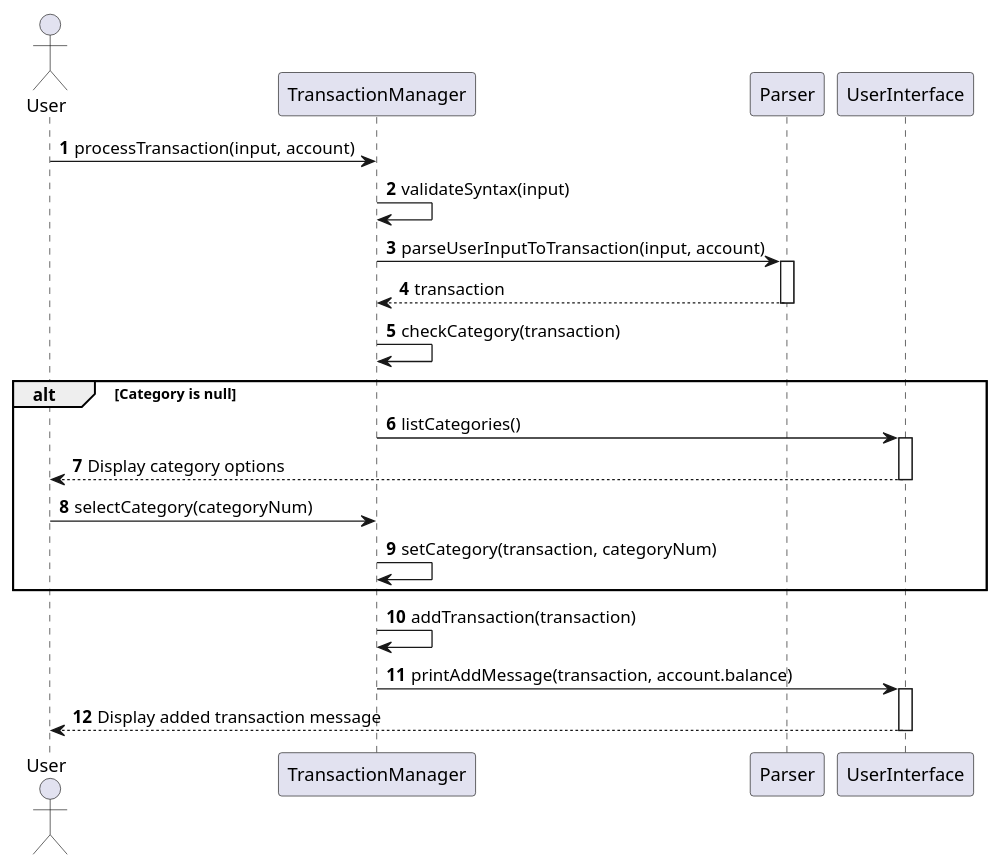
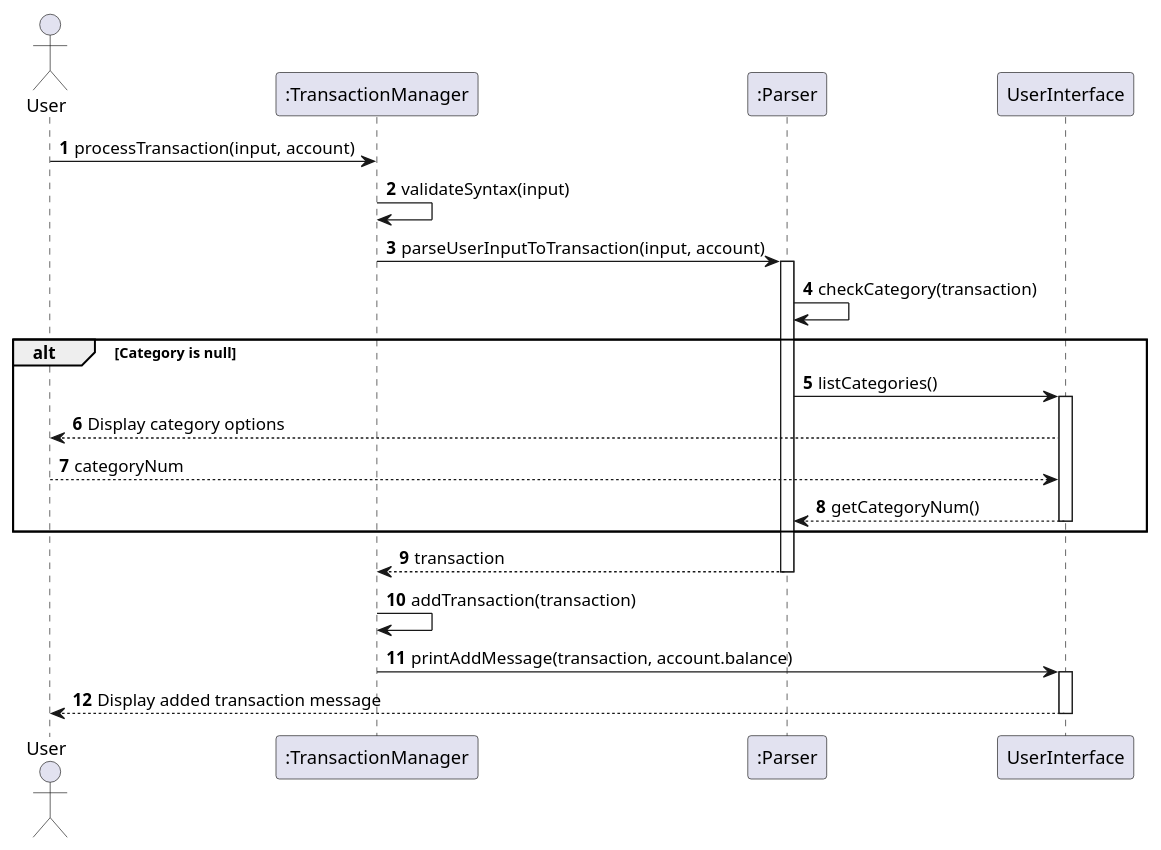
Before and after one commit to Vavinan/tp: the diagram in docs/uml/addTransaction.puml, drawn with PlantUML. The commit also changed 1 other file, not shown here.

Commit message:
Update addTransaction.puml according to new changes

```diff
--- a/docs/uml/addTransaction.puml
+++ b/docs/uml/addTransaction.puml
@@ -1,31 +1,35 @@
 @startuml
 'https://plantuml.com/sequence-diagram
 
 autonumber
 
 actor User
-participant "TransactionManager" as TM
-participant "Parser" as P
+participant ":TransactionManager" as TM
+participant ":Parser" as P
 participant "UserInterface" as UI
 
 User -> TM: processTransaction(input, account)
 TM -> TM: validateSyntax(input)
 TM -> P: parseUserInputToTransaction(input, account)
 activate P
+P -> P: checkCategory(transaction)
+
+alt Category is null
+    P -> UI: listCategories()
+    activate UI
+    UI --> User: Display category options
+    User --> UI: categoryNum
+    UI --> P: getCategoryNum()
+    deactivate UI
+end
+
 P --> TM: transaction
 deactivate P
-TM -> TM: checkCategory(transaction)
-alt Category is null
-    TM -> UI: listCategories()
-    activate UI
-    UI --> User: Display category options
-    deactivate UI
-    User -> TM: selectCategory(categoryNum)
-    TM -> TM: setCategory(transaction, categoryNum)
-end
+
+
 TM -> TM: addTransaction(transaction)
 TM -> UI: printAddMessage(transaction, account.balance)
 activate UI
 UI --> User: Display added transaction message
 deactivate UI
 @enduml
```
